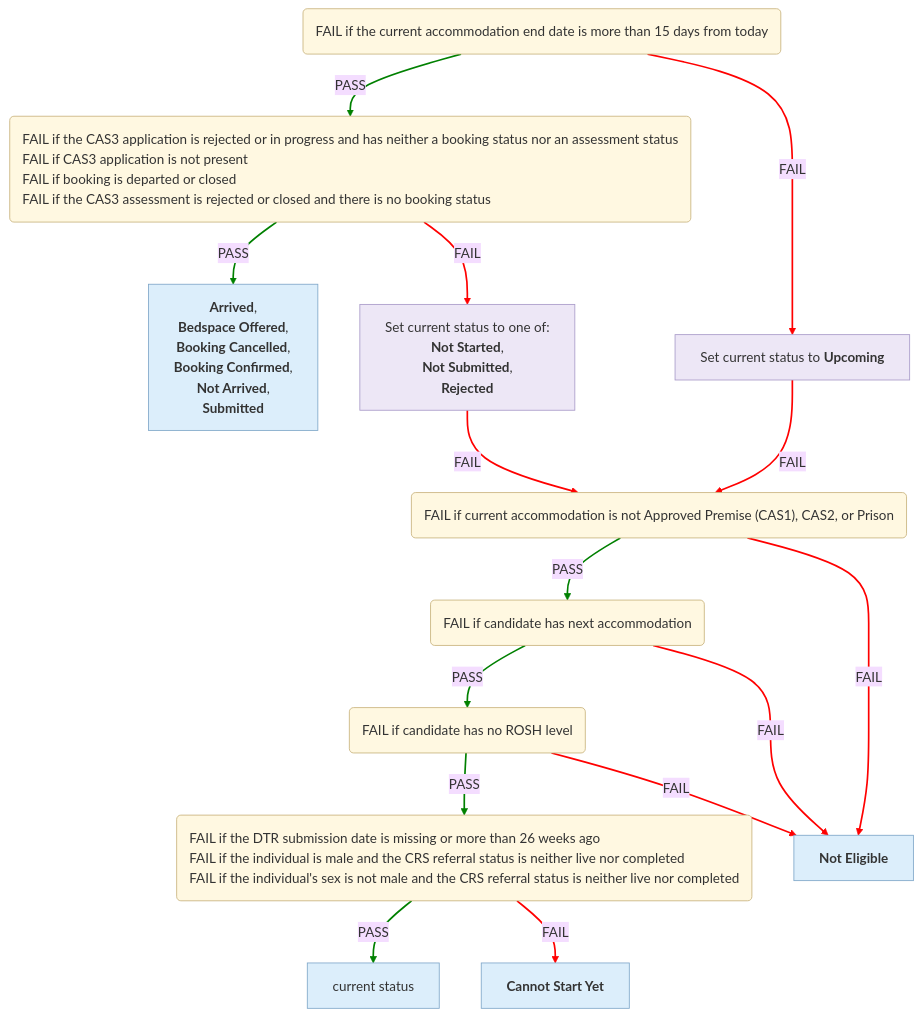
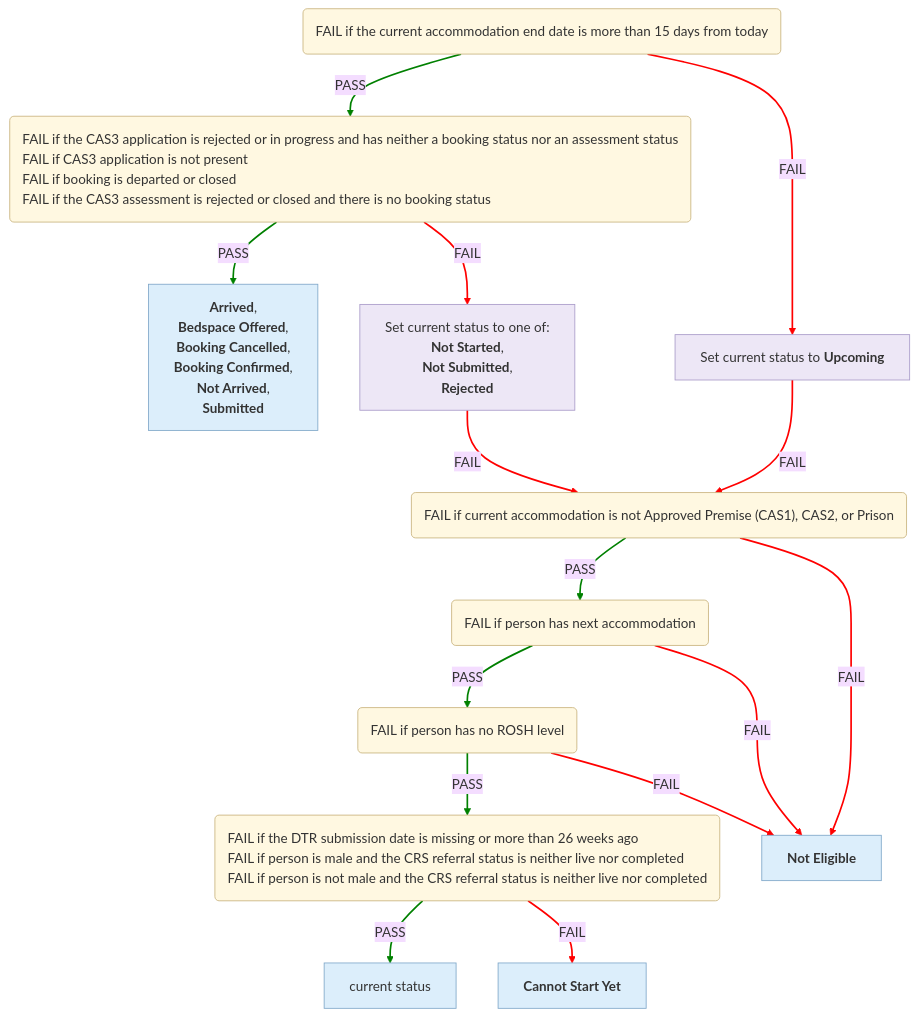
Before and after one commit to ministryofjustice/hmpps-single-accommodation-service-api: the third of 6 diagrams in docs/eligibility-rules-graph.md, drawn with Mermaid (base theme). The commit also changed other lines of this file and 55 other files, not shown here.

````diff
--- a/docs/eligibility-rules-graph.md
+++ b/docs/eligibility-rules-graph.md
@@ -284,51 +332,51 @@
 ```mermaid
 %%{init: {"flowchart": {"wrappingWidth": 800}}}%%
 flowchart TD
   Upcoming("<div style='text-align:left'>FAIL if the current accommodation end date is more than 15 days from today</div>")
   Suitability("<div style='text-align:left'>FAIL if the CAS3 application is rejected or in progress and has neither a booking status nor an assessment status
 FAIL if CAS3 application is not present
 FAIL if booking is departed or closed
 FAIL if the CAS3 assessment is rejected or closed and there is no booking status</div>")
   outcome_Cas3CompletionContextUpdater["<b>Arrived</b>,
  <b>Bedspace Offered</b>,
  <b>Booking Cancelled</b>,
  <b>Booking Confirmed</b>,
  <b>Not Arrived</b>,
  <b>Submitted</b>"]
   updater_Cas3SuitabilityContextUpdater["Set current status to one of:
 <b>Not Started</b>,
  <b>Not Submitted</b>,
  <b>Rejected</b>"]
   Eligibility_Current_Accommodation("<div style='text-align:left'>FAIL if current accommodation is not Approved Premise (CAS1), CAS2, or Prison</div>")
-  Eligibility_Next_Accommodation("<div style='text-align:left'>FAIL if candidate has next accommodation</div>")
-  Eligibility_Rosh("<div style='text-align:left'>FAIL if candidate has no ROSH level</div>")
+  Eligibility_Next_Accommodation("<div style='text-align:left'>FAIL if person has next accommodation</div>")
+  Eligibility_Rosh("<div style='text-align:left'>FAIL if person has no ROSH level</div>")
   Prerequisite("<div style='text-align:left'>FAIL if the DTR submission date is missing or more than 26 weeks ago
-FAIL if the individual is male and the CRS referral status is neither live nor completed
-FAIL if the individual's sex is not male and the CRS referral status is neither live nor completed</div>")
+FAIL if person is male and the CRS referral status is neither live nor completed
+FAIL if person is not male and the CRS referral status is neither live nor completed</div>")
   confirmed["current status"]
   outcome_Cas3PrerequisiteContextUpdater["<b>Cannot Start Yet</b>"]
   CAS3_NOT_ELIGIBLE["<b>Not Eligible</b>"]
   updater_Cas3UpcomingContextUpdater["Set current status to <b>Upcoming</b>"]
   Suitability -->|PASS| outcome_Cas3CompletionContextUpdater
   Suitability -->|FAIL| updater_Cas3SuitabilityContextUpdater
   Prerequisite -->|PASS| confirmed
   Prerequisite -->|FAIL| outcome_Cas3PrerequisiteContextUpdater
   Eligibility_Rosh -->|PASS| Prerequisite
   Eligibility_Rosh -->|FAIL| CAS3_NOT_ELIGIBLE
   Eligibility_Next_Accommodation -->|PASS| Eligibility_Rosh
   Eligibility_Next_Accommodation -->|FAIL| CAS3_NOT_ELIGIBLE
   Eligibility_Current_Accommodation -->|PASS| Eligibility_Next_Accommodation
   Eligibility_Current_Accommodation -->|FAIL| CAS3_NOT_ELIGIBLE
   updater_Cas3SuitabilityContextUpdater -->|FAIL| Eligibility_Current_Accommodation
   Upcoming -->|PASS| Suitability
   Upcoming -->|FAIL| updater_Cas3UpcomingContextUpdater
   updater_Cas3UpcomingContextUpdater -->|FAIL| Eligibility_Current_Accommodation
   linkStyle 0,2,4,6,8,11 stroke:green,stroke-width:2px
   linkStyle 1,3,5,7,9,10,12,13 stroke:red,stroke-width:2px
   classDef ruleSetNode fill:#FFF8E1,stroke:#C9B37E,color:#333
   classDef outcomeNode fill:#DCEEFB,stroke:#7FA7C9,color:#333
   classDef updaterNode fill:#EDE7F6,stroke:#A99BC9,color:#333
   class Upcoming,Suitability,Eligibility_Current_Accommodation,Eligibility_Next_Accommodation,Eligibility_Rosh,Prerequisite ruleSetNode
   class outcome_Cas3CompletionContextUpdater,confirmed,outcome_Cas3PrerequisiteContextUpdater,CAS3_NOT_ELIGIBLE outcomeNode
   class updater_Cas3SuitabilityContextUpdater,updater_Cas3UpcomingContextUpdater updaterNode
 ```
````
